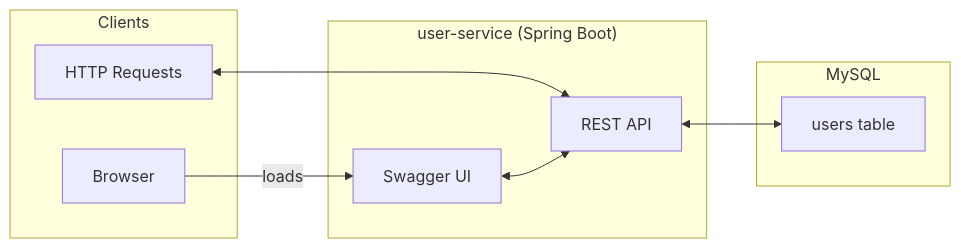
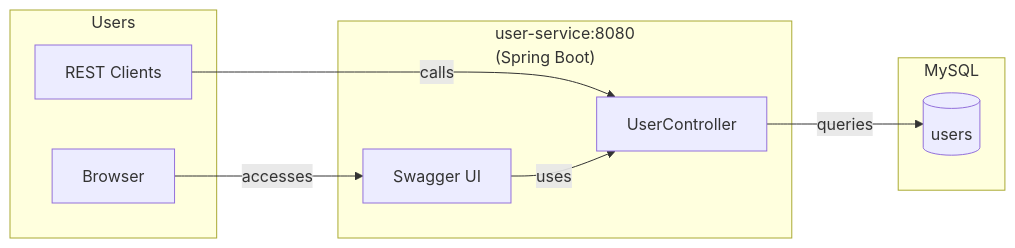
The diagram in README.md (ivangfr/springboot-testing-mysql), drawn with Mermaid before and after one commit. The commit also changed 1 other file, not shown here.

Commit message:
docs: update mermaid architecture diagrams
- Remove mermaid flowchart from AGENTS.md
- Update mermaid flowchart in README.md with UserController, Swagger UI, and DB labels

````diff
--- a/README.md
+++ b/README.md
@@ -17,21 +17,21 @@
 ```mermaid
 flowchart LR
-    subgraph Clients
-        HTTP[HTTP Requests]
-        Browser[Browser]
+    subgraph users ["Users"]
+        HTTP["REST Clients"]
+        Browser["Browser"]
     end
 
-    subgraph "user-service (Spring Boot)"
-        REST[REST API]
-        Swagger[Swagger UI]
+    subgraph user-service ["user-service:8080\n(Spring Boot)"]
+        RestCtrl["UserController"]
+        SwaggerUI["Swagger UI"]
     end
 
-    subgraph "MySQL"
-        Table[users table]
+    subgraph mysql ["MySQL"]
+        db[("users")]
     end
 
-    HTTP <--> REST
-    Browser -->|loads| Swagger
-    REST <--> Table
-    Swagger <--> REST
+    HTTP -->|"calls"| RestCtrl
+    Browser -->|"accesses"| SwaggerUI
+    RestCtrl -->|"queries"| db
+    SwaggerUI -->|"uses"| RestCtrl
 ```
````
